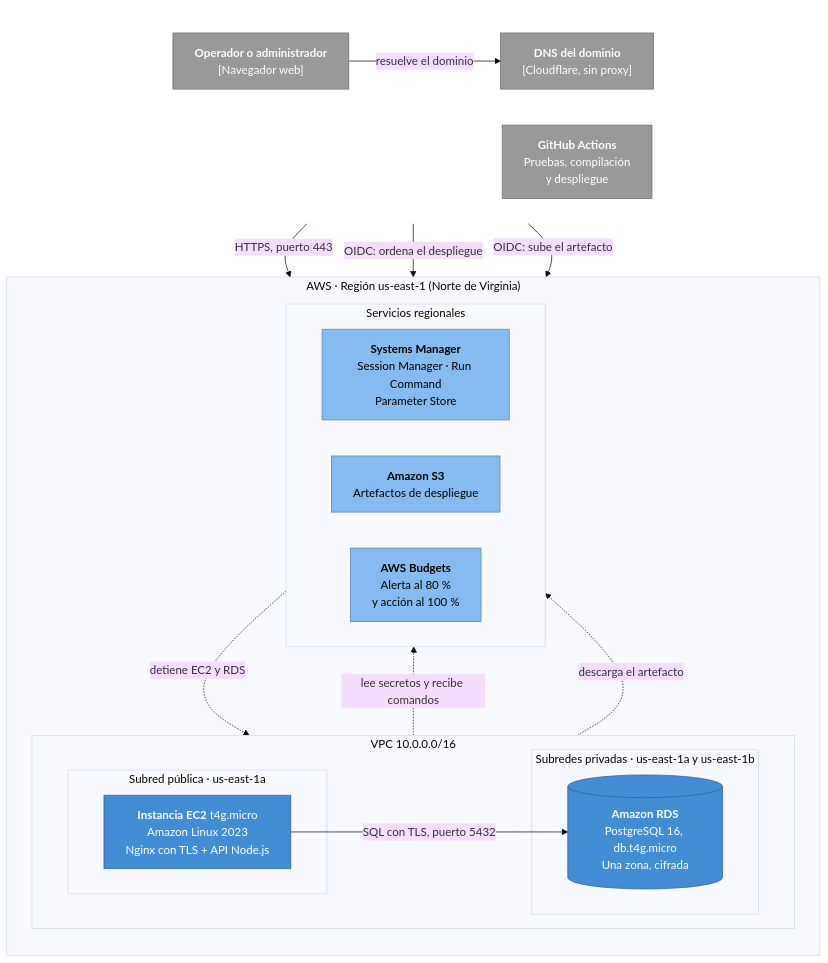
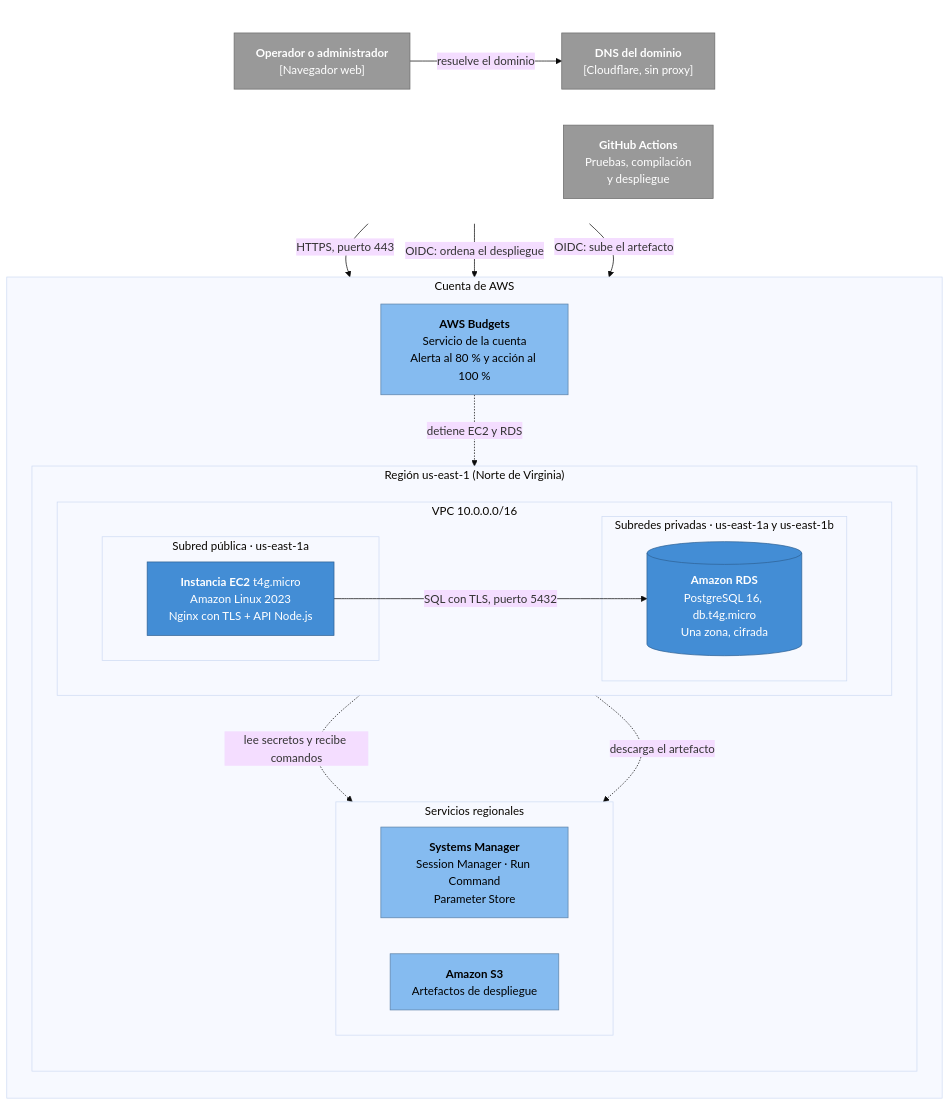
The fifth of 5 diagrams in docs/arquitectura.md (wrafael91/parkapp), drawn with Mermaid (base theme) before and after one commit. The commit also changed other lines of this file and 1 other file, not shown here.

Commit message:
docs: align FSC definition and AWS Budgets placement (#29) (#30)
* docs: place AWS Budgets at account level in the deployment diagram (#29)

* docs: define FSC with its official name (#29)

````diff
--- a/docs/arquitectura.md
+++ b/docs/arquitectura.md
@@ -229,45 +229,48 @@
 ```mermaid
 flowchart TB
     subgraph fuera[" "]
         direction LR
         usuario["<b>Operador o administrador</b><br/>[Navegador web]"]
         dns["<b>DNS del dominio</b><br/>[Cloudflare, sin proxy]"]
         gh["<b>GitHub Actions</b><br/>Pruebas, compilación<br/>y despliegue"]
     end
 
-    subgraph aws["AWS · Región us-east-1 (Norte de Virginia)"]
+        subgraph aws["Cuenta de AWS"]
         direction TB
-        subgraph vpc["VPC 10.0.0.0/16"]
-            direction LR
-            subgraph pub["Subred pública · us-east-1a"]
-                ec2["<b>Instancia EC2</b> t4g.micro<br/>Amazon Linux 2023<br/>Nginx con TLS + API Node.js"]
+        budgets["<b>AWS Budgets</b><br/>Servicio de la cuenta<br/>Alerta al 80 % y acción al 100 %"]
+        subgraph region["Región us-east-1 (Norte de Virginia)"]
+            direction TB
+            subgraph vpc["VPC 10.0.0.0/16"]
+                direction LR
+                subgraph pub["Subred pública · us-east-1a"]
+                    ec2["<b>Instancia EC2</b> t4g.micro<br/>Amazon Linux 2023<br/>Nginx con TLS + API Node.js"]
+                end
+                subgraph priv["Subredes privadas · us-east-1a y us-east-1b"]
+                    rds[("<b>Amazon RDS</b><br/>PostgreSQL 16, db.t4g.micro<br/>Una zona, cifrada")]
+                end
             end
-            subgraph priv["Subredes privadas · us-east-1a y us-east-1b"]
-                rds[("<b>Amazon RDS</b><br/>PostgreSQL 16, db.t4g.micro<br/>Una zona, cifrada")]
+            subgraph regionales["Servicios regionales"]
+                direction LR
+                ssm["<b>Systems Manager</b><br/>Session Manager · Run Command<br/>Parameter Store"]
+                s3["<b>Amazon S3</b><br/>Artefactos de despliegue"]
             end
-        end
-        subgraph regionales["Servicios regionales"]
-            direction LR
-            ssm["<b>Systems Manager</b><br/>Session Manager · Run Command<br/>Parameter Store"]
-            s3["<b>Amazon S3</b><br/>Artefactos de despliegue"]
-            budgets["<b>AWS Budgets</b><br/>Alerta al 80 %<br/>y acción al 100 %"]
         end
     end
 
     usuario -- "resuelve el dominio" --> dns
     usuario -- "HTTPS, puerto 443" --> ec2
     ec2 -- "SQL con TLS, puerto 5432" --> rds
     ec2 -. "lee secretos y recibe comandos" .-> ssm
     ec2 -. "descarga el artefacto" .-> s3
     gh -- "OIDC: ordena el despliegue" --> ssm
     gh -- "OIDC: sube el artefacto" --> s3
     budgets -. "detiene EC2 y RDS" .-> ec2
 
     classDef ext fill:#999999,stroke:#6b6b6b,color:#ffffff
     classDef comp fill:#438dd5,stroke:#2e6295,color:#ffffff
     classDef svc fill:#85bbf0,stroke:#5d82a8,color:#000000
     class usuario,dns,gh ext
     class ec2,rds comp
     class ssm,s3,budgets svc
     style fuera fill:none,stroke:none
 ```
````
